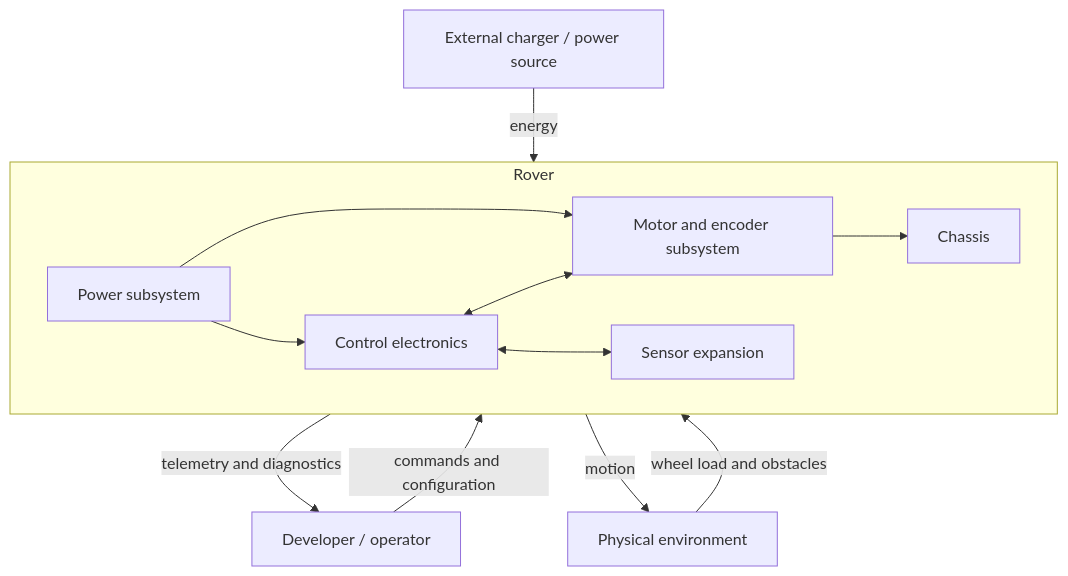
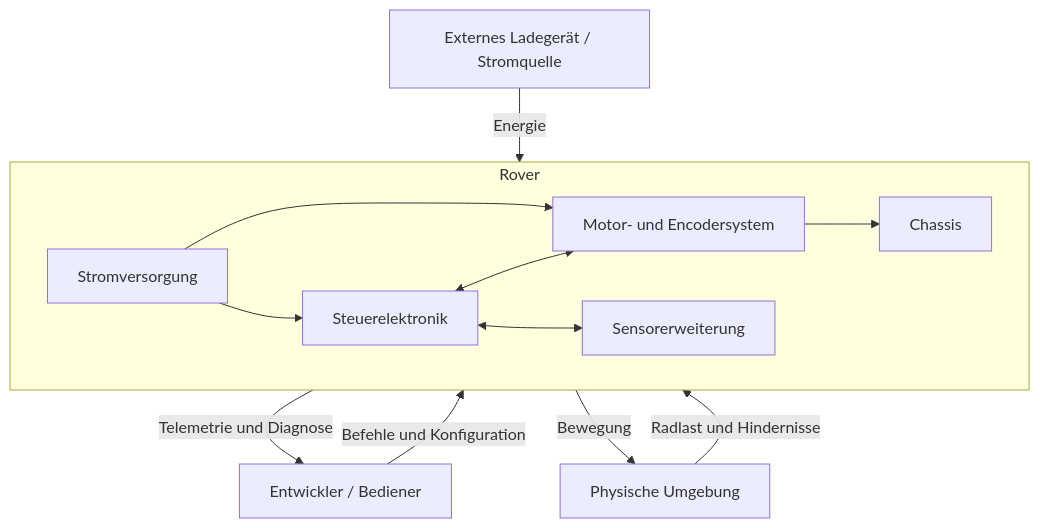
One commit to dynamo1807/Rover-Robot-Project changed the diagram in docs/ARCHITECTURE.md. Above: the diagram before and after it, drawn with Mermaid. The commit also changed other lines of this file and 15 other files, not shown here.

````diff
--- a/docs/ARCHITECTURE.md
+++ b/docs/ARCHITECTURE.md
@@ -25,22 +29,22 @@
 ```mermaid
 flowchart TB
-    Operator[Developer / operator] -->|commands and configuration| Rover
-    Rover -->|telemetry and diagnostics| Operator
-    Environment[Physical environment] -->|wheel load and obstacles| Rover
-    Rover -->|motion| Environment
-    Charger[External charger / power source] -->|energy| Rover
+    Operator[Entwickler / Bediener] -->|Befehle und Konfiguration| Rover
+    Rover -->|Telemetrie und Diagnose| Operator
+    Environment[Physische Umgebung] -->|Radlast und Hindernisse| Rover
+    Rover -->|Bewegung| Environment
+    Charger[Externes Ladegerät / Stromquelle] -->|Energie| Rover
 
     subgraph Rover
-        Power[Power subsystem]
-        Control[Control electronics]
-        Drive[Motor and encoder subsystem]
-        Sensor[Sensor expansion]
+        Power[Stromversorgung]
+        Control[Steuerelektronik]
+        Drive[Motor- und Encodersystem]
+        Sensor[Sensorerweiterung]
         Mechanical[Chassis]
     end
 
     Power --> Control
     Power --> Drive
     Control <--> Drive
     Control <--> Sensor
     Drive --> Mechanical
 ```
````
